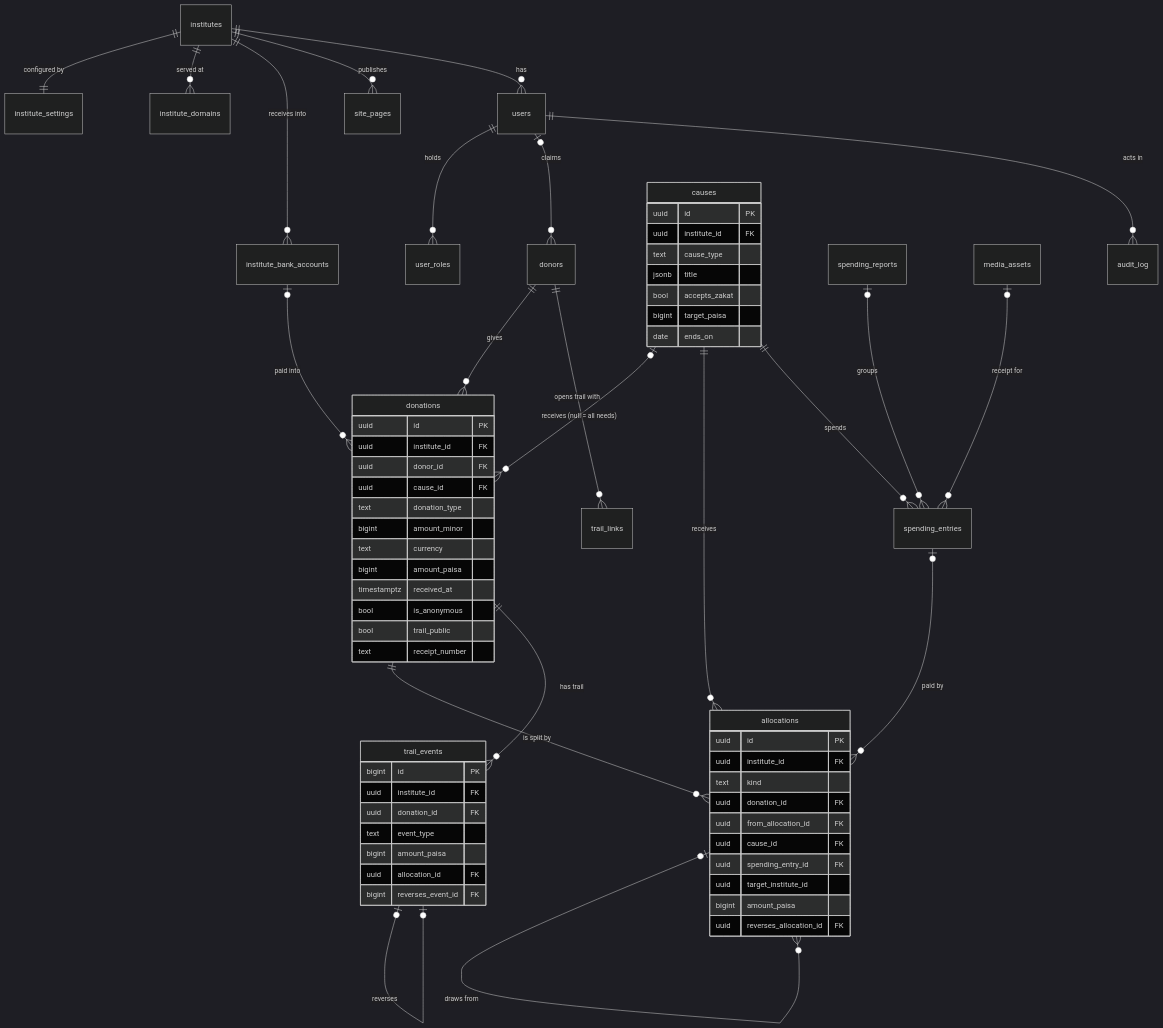
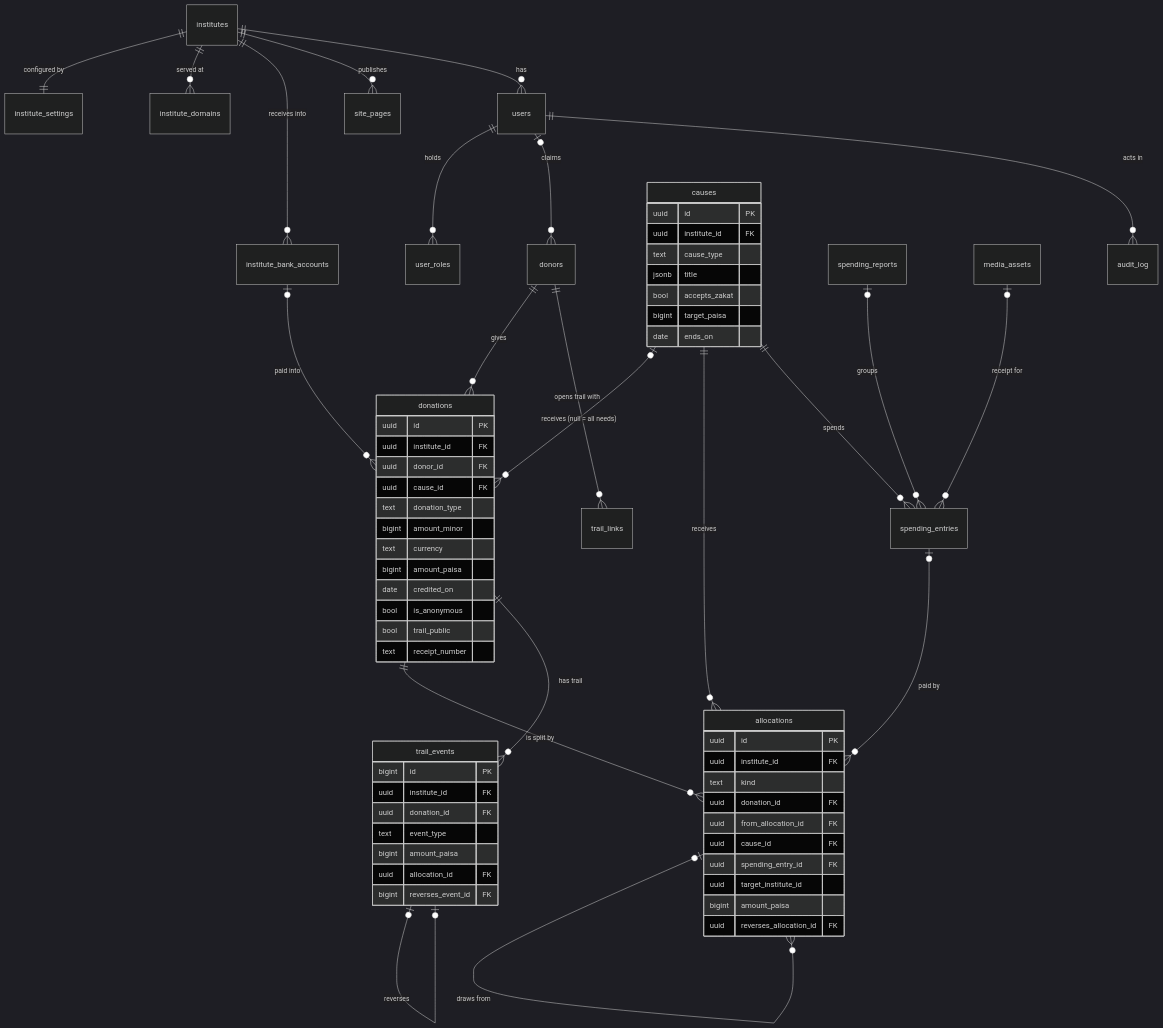
The first of 3 diagrams in plan/04-database.md (Sami-Ch/Tazkiyah), drawn with Mermaid (dark theme) before and after one commit. The commit also changed other lines of this file and 8 other files, not shown here.

````diff
--- a/plan/04-database.md
+++ b/plan/04-database.md
@@ -98,69 +98,69 @@
 ```mermaid
 erDiagram
     institutes ||--|| institute_settings : "configured by"
     institutes ||--o{ institute_domains : "served at"
     institutes ||--o{ institute_bank_accounts : "receives into"
     institutes ||--o{ site_pages : "publishes"
     institutes ||--o{ users : "has"
     users ||--o{ user_roles : "holds"
     users |o--o{ donors : "claims"
     donors ||--o{ donations : "gives"
     donors ||--o{ trail_links : "opens trail with"
     causes |o--o{ donations : "receives (null = all needs)"
     institute_bank_accounts |o--o{ donations : "paid into"
     donations ||--o{ allocations : "is split by"
     causes ||--o{ allocations : "receives"
     allocations |o--o{ allocations : "draws from"
     spending_entries |o--o{ allocations : "paid by"
     causes ||--o{ spending_entries : "spends"
     spending_reports |o--o{ spending_entries : "groups"
     donations ||--o{ trail_events : "has trail"
     trail_events |o--o| trail_events : "reverses"
     media_assets |o--o{ spending_entries : "receipt for"
     users ||--o{ audit_log : "acts in"
 
     donations {
         uuid id PK
         uuid institute_id FK
         uuid donor_id FK
         uuid cause_id FK
         text donation_type
         bigint amount_minor
         text currency
         bigint amount_paisa
-        timestamptz received_at
+        date credited_on
         bool is_anonymous
         bool trail_public
         text receipt_number
     }
     allocations {
         uuid id PK
         uuid institute_id FK
         text kind
         uuid donation_id FK
         uuid from_allocation_id FK
         uuid cause_id FK
         uuid spending_entry_id FK
         uuid target_institute_id
         bigint amount_paisa
         uuid reverses_allocation_id FK
     }
     trail_events {
         bigint id PK
         uuid institute_id FK
         uuid donation_id FK
         text event_type
         bigint amount_paisa
         uuid allocation_id FK
         bigint reverses_event_id FK
     }
     causes {
         uuid id PK
         uuid institute_id FK
         text cause_type
         jsonb title
         bool accepts_zakat
         bigint target_paisa
         date ends_on
     }
 ```
````
